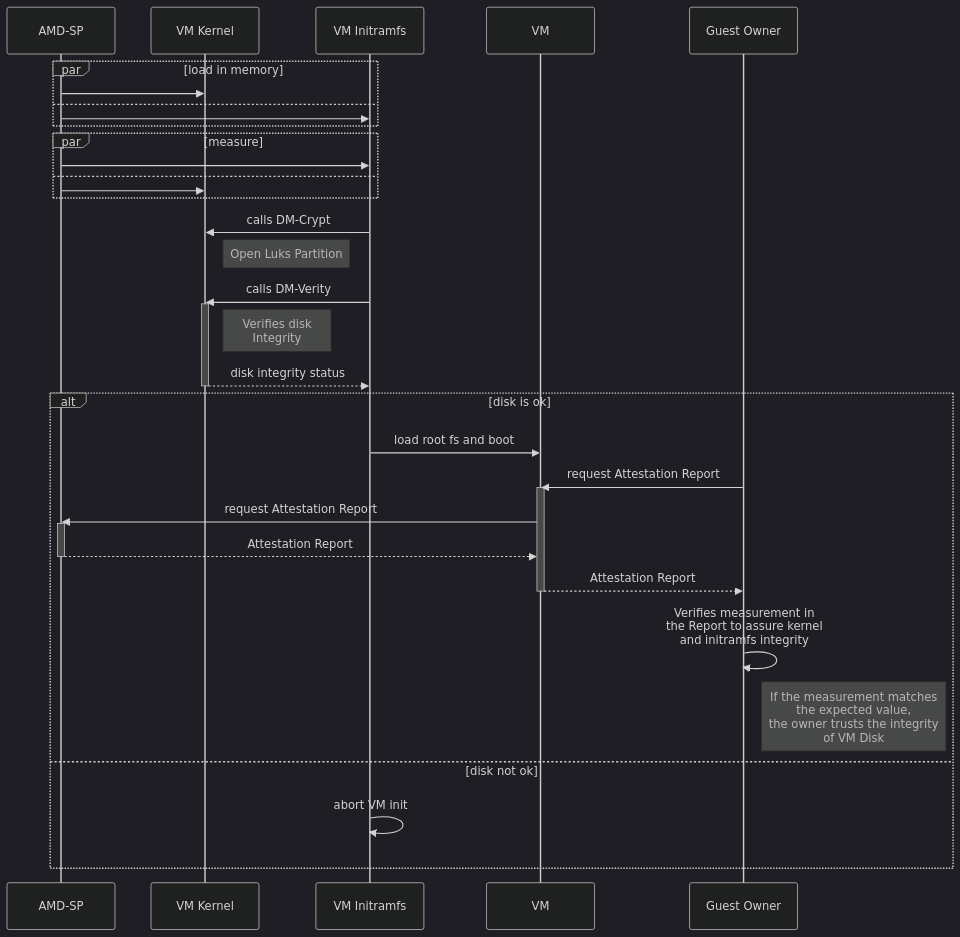
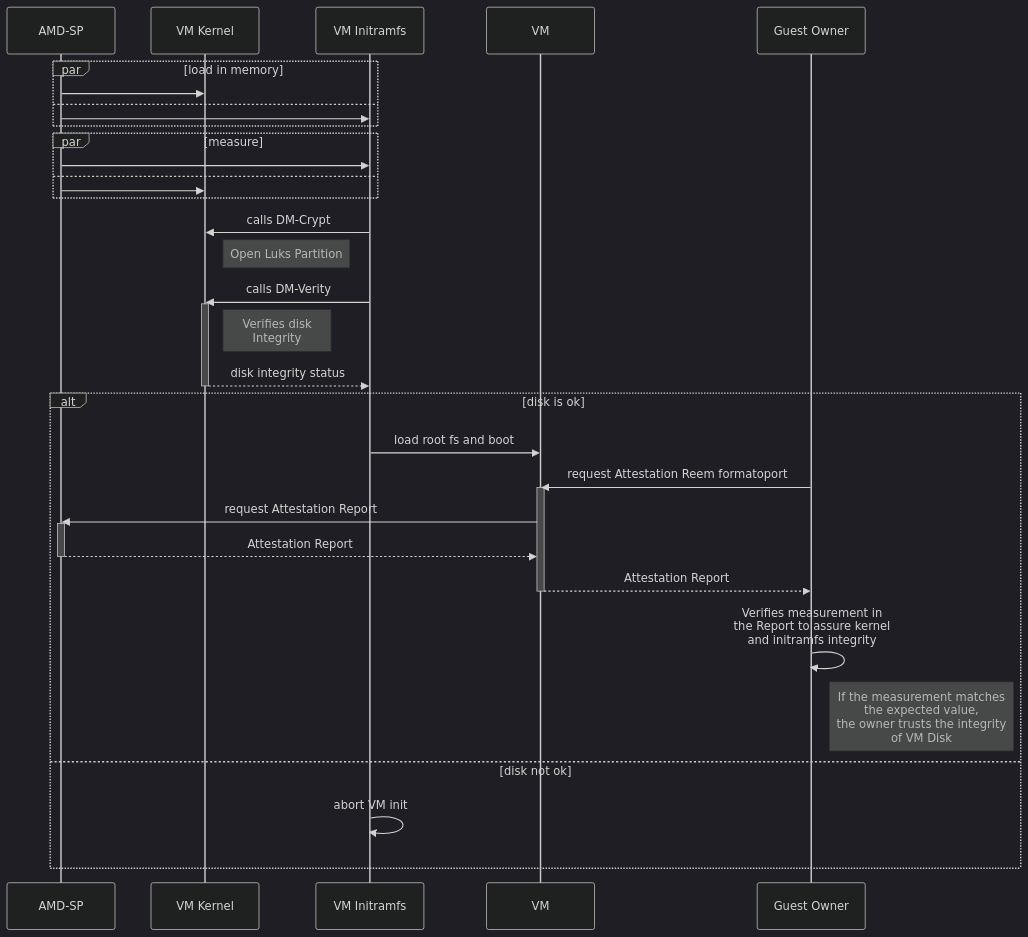
One commit to ufcg-lsd/spire-amd-sev-snp-node-attestor changed the first of 3 diagrams in RFC/README.md. Above: the diagram before and after it, drawn with Mermaid (dark theme). The commit also changed other lines of this file and 16 other files, not shown here.

````diff
--- a/RFC/README.md
+++ b/RFC/README.md
@@ -137,40 +139,40 @@
 ```mermaid
 sequenceDiagram
     participant sp as AMD-SP
     participant kern as VM Kernel
     participant init as VM Initramfs
     participant vm as VM
     participant owner as Guest Owner
     par load in memory
     sp->>kern: 
     and 
     sp->>init: 
     end
     par measure
     sp->>init: 
     and 
     sp->>kern: 
     end
     init->>kern: calls DM-Crypt
     Note right of kern: Open Luks Partition
     init->>kern: calls DM-Verity
     activate kern
     Note right of kern: Verifies disk <br />Integrity
     kern-->>init: disk integrity status
     deactivate kern
     alt disk is ok
     init->>vm: load root fs and boot
-        owner->>vm: request Attestation Report
+        owner->>vm: request Attestation Reem formatoport
         activate vm
         vm->>sp: request Attestation Report
         activate sp
         sp-->>vm: Attestation Report
         deactivate sp
         vm-->>owner: Attestation Report
         deactivate vm
         owner->>owner: Verifies measurement in<br/>the Report to assure kernel<br/>and initramfs integrity
         Note right of owner: If the measurement matches<br/>the expected value,<br/>the owner trusts the integrity<br/>of VM Disk
     else disk not ok
     init->>init: abort VM init
     end
 ```
````
